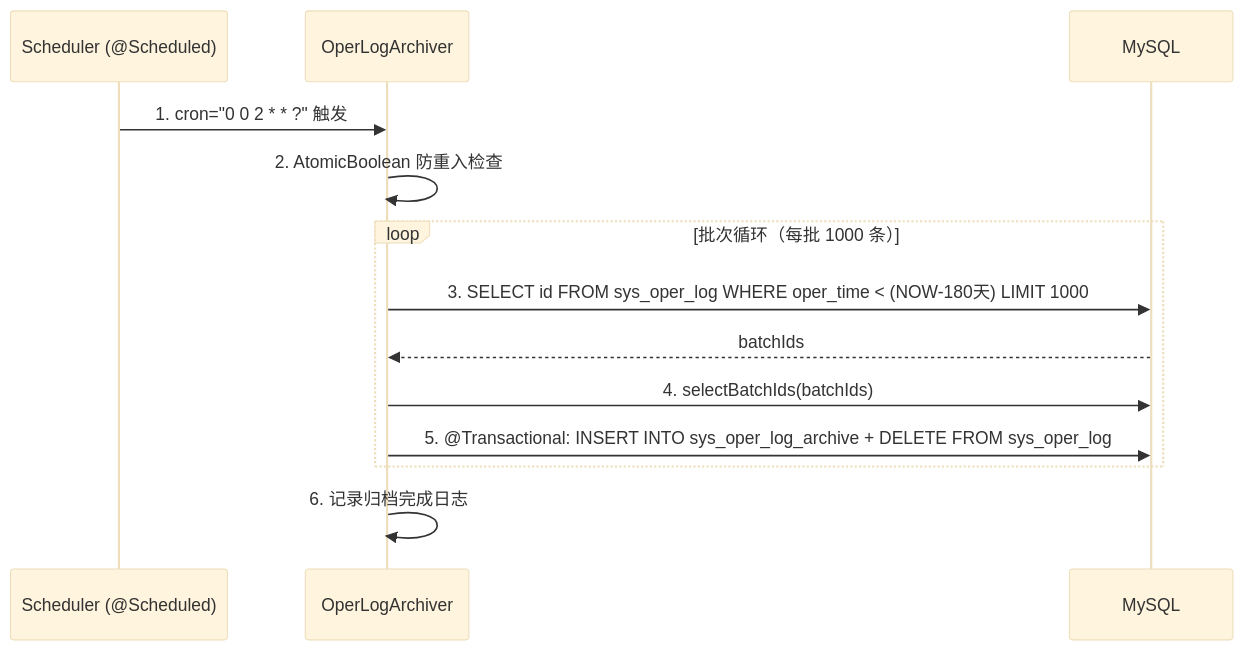
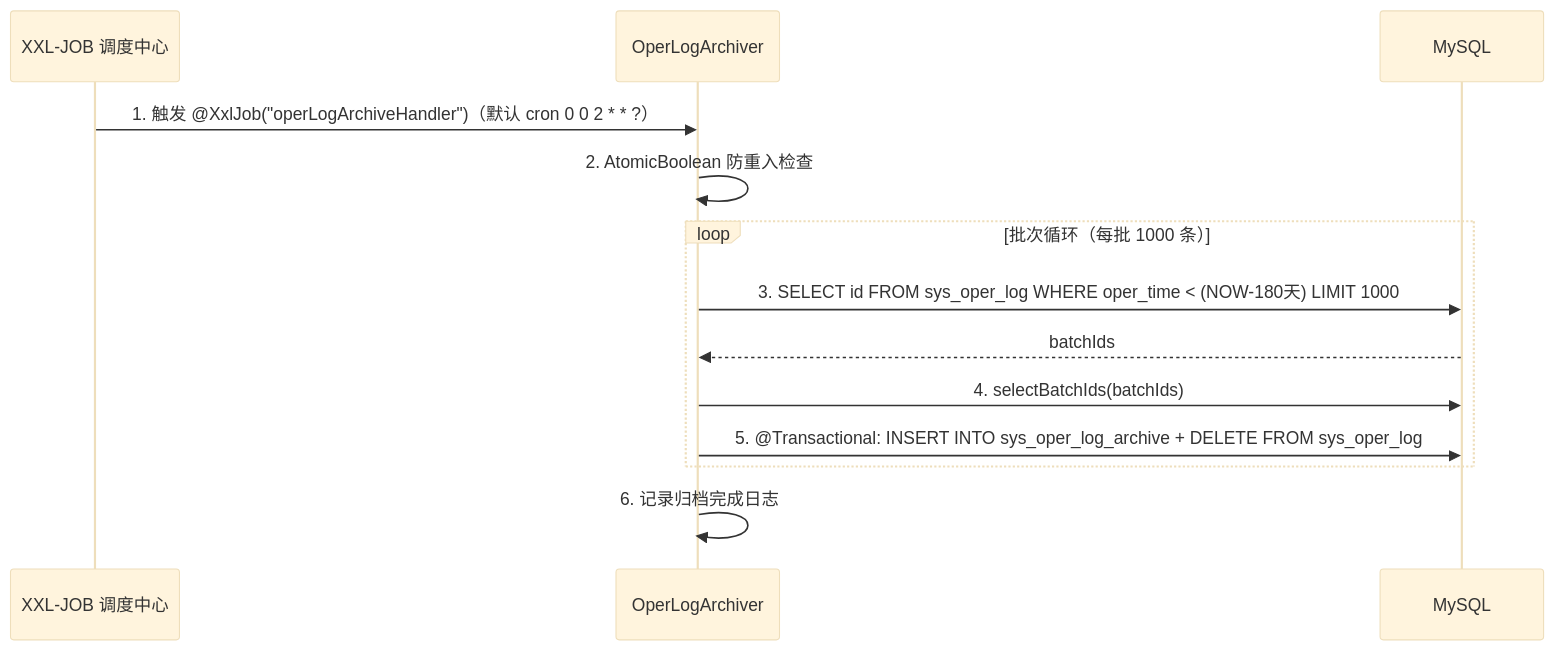
Before and after one commit to wang-baohai/Omni-Stack: the tenth of 19 diagrams in docs/core-flows.md, drawn with Mermaid (base theme). The commit also changed other lines of this file and 1443 other files, not shown here.

````diff
--- a/docs/core-flows.md
+++ b/docs/core-flows.md
@@ -1244,16 +1244,16 @@
 ```mermaid
 sequenceDiagram
-    participant S as Scheduler (@Scheduled)
+    participant S as XXL-JOB 调度中心
     participant Arc as OperLogArchiver
     participant M as MySQL
 
-    S->>Arc: 1. cron="0 0 2 * * ?" 触发
+    S->>Arc: 1. 触发 @XxlJob("operLogArchiveHandler")（默认 cron 0 0 2 * * ?）
     Arc->>Arc: 2. AtomicBoolean 防重入检查
     loop 批次循环（每批 1000 条）
         Arc->>M: 3. SELECT id FROM sys_oper_log WHERE oper_time < (NOW-180天) LIMIT 1000
         M-->>Arc: batchIds
         Arc->>M: 4. selectBatchIds(batchIds)
         Arc->>M: 5. @Transactional: INSERT INTO sys_oper_log_archive + DELETE FROM sys_oper_log
     end
     Arc->>Arc: 6. 记录归档完成日志
 ```
````
